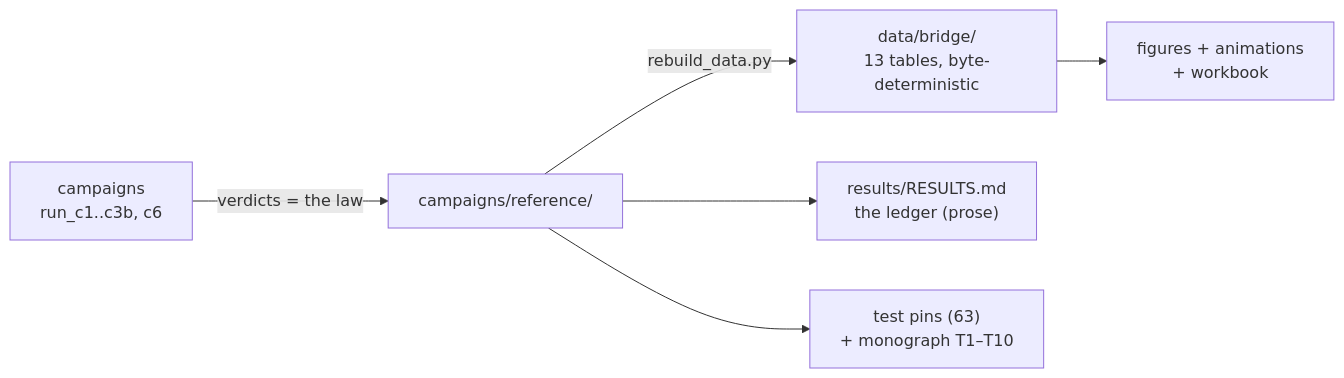
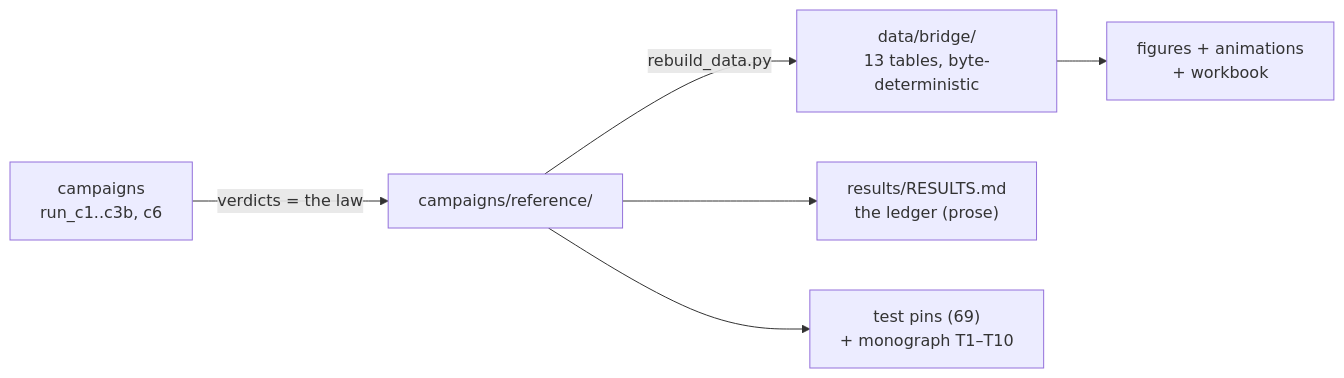
The second of 2 diagrams in Collapse Hawking Bridge/README.md (wild8highlander/choptuik_ac_bc), drawn with Mermaid before and after one commit. The commit also changed other lines of this file and 56 other files, not shown here.

````diff
--- a/Collapse Hawking Bridge/README.md
+++ b/Collapse Hawking Bridge/README.md
@@ -418,8 +424,8 @@
 ```mermaid
 flowchart LR
     A["campaigns<br/>run_c1..c3b, c6"] -->|"verdicts = the law"| R["campaigns/reference/"]
     R -->|"rebuild_data.py"| D["data/bridge/<br/>13 tables, byte-deterministic"]
     D --> G["figures + animations<br/>+ workbook"]
     R --> L["results/RESULTS.md<br/>the ledger (prose)"]
-    R --> P["test pins (63)<br/>+ monograph T1–T10"]
+    R --> P["test pins (69)<br/>+ monograph T1–T10"]
 ```
````
